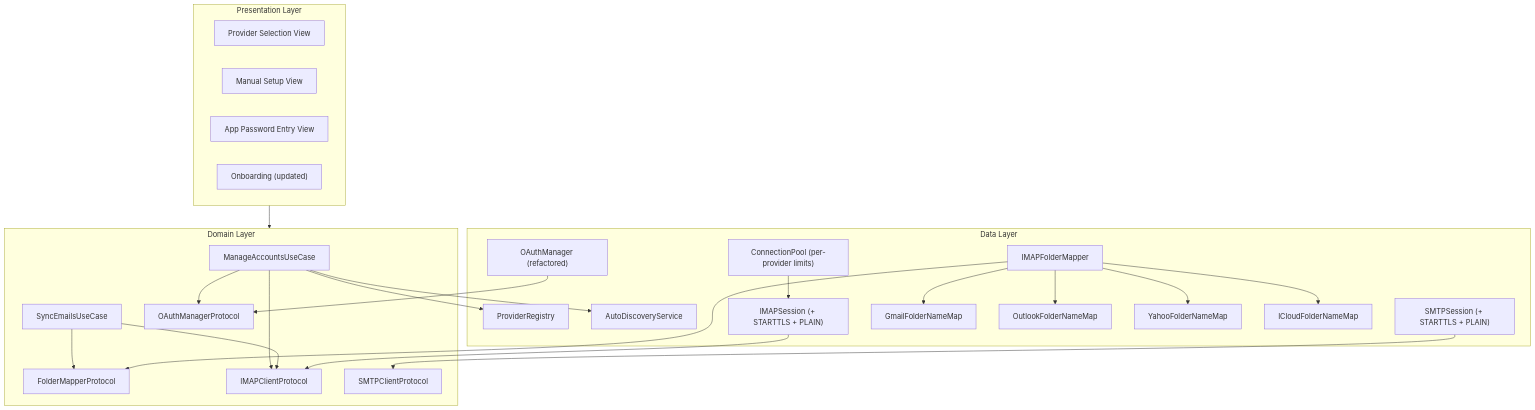
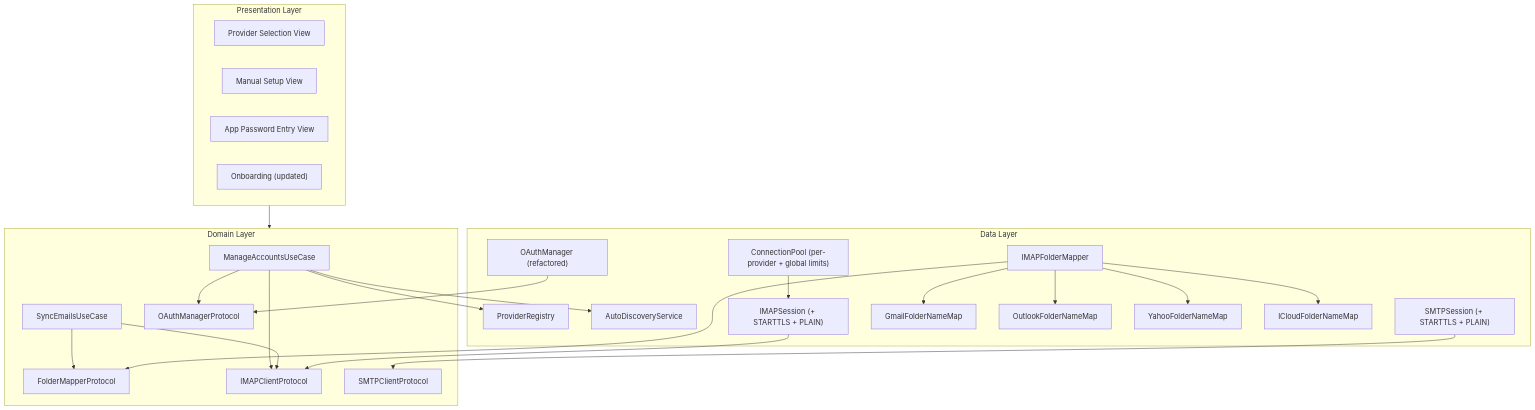
Before and after one commit to VishnuBishnoi/VaultMail: the seventh of 7 diagrams in docs/features/multi-provider-imap/spec.md, drawn with Mermaid. The commit also changed other lines of this file and 1 other file, not shown here.

First line of the commit message:
spec: add multi-account sync requirements, split across email-sync and multi-provider specs

````diff
--- a/docs/features/multi-provider-imap/spec.md
+++ b/docs/features/multi-provider-imap/spec.md
@@ -774,50 +838,50 @@
 ```mermaid
 graph TD
     subgraph Presentation["Presentation Layer"]
         ProviderSelect["Provider Selection View"]
         ManualSetup["Manual Setup View"]
         AppPwdEntry["App Password Entry View"]
         Onboarding["Onboarding (updated)"]
     end
 
     subgraph Domain["Domain Layer"]
         ManageAccounts["ManageAccountsUseCase"]
         SyncEmails["SyncEmailsUseCase"]
         FolderMapperProto["FolderMapperProtocol"]
         OAuthProto["OAuthManagerProtocol"]
         IMAPProto["IMAPClientProtocol"]
         SMTPProto["SMTPClientProtocol"]
     end
 
     subgraph Data["Data Layer"]
         ProviderRegistry["ProviderRegistry"]
         AutoDiscovery["AutoDiscoveryService"]
         OAuthManager["OAuthManager (refactored)"]
         IMAPSession["IMAPSession (+ STARTTLS + PLAIN)"]
         SMTPSession["SMTPSession (+ STARTTLS + PLAIN)"]
         FolderMapper["IMAPFolderMapper"]
         GmailMapper["GmailFolderNameMap"]
         OutlookMapper["OutlookFolderNameMap"]
         YahooMapper["YahooFolderNameMap"]
         ICloudMapper["ICloudFolderNameMap"]
-        ConnPool["ConnectionPool (per-provider limits)"]
+        ConnPool["ConnectionPool (per-provider + global limits)"]
     end
 
     Presentation --> Domain
     ManageAccounts --> OAuthProto
     ManageAccounts --> IMAPProto
     SyncEmails --> FolderMapperProto
     SyncEmails --> IMAPProto
 
     OAuthManager --> OAuthProto
     IMAPSession --> IMAPProto
     SMTPSession --> SMTPProto
     FolderMapper --> FolderMapperProto
     FolderMapper --> GmailMapper
     FolderMapper --> OutlookMapper
     FolderMapper --> YahooMapper
     FolderMapper --> ICloudMapper
     ManageAccounts --> ProviderRegistry
     ManageAccounts --> AutoDiscovery
     ConnPool --> IMAPSession
 ```
````
